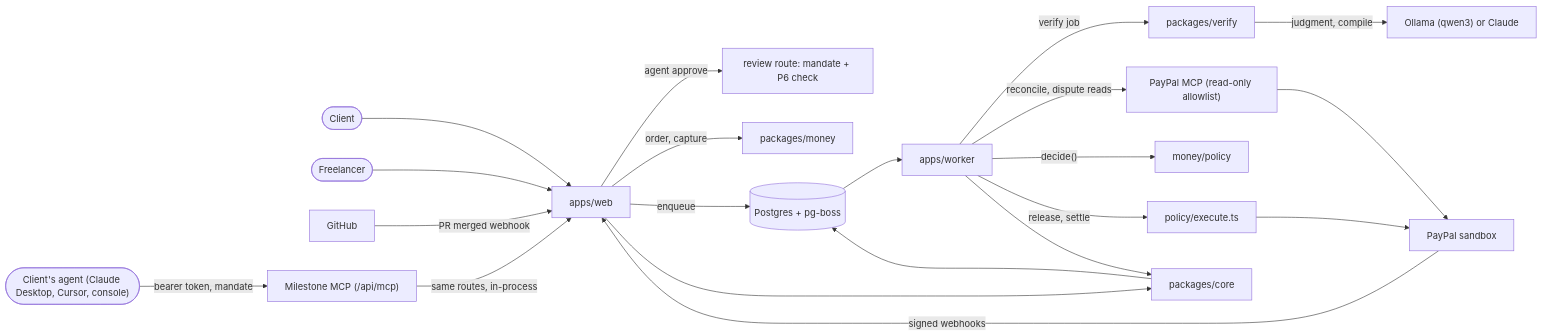
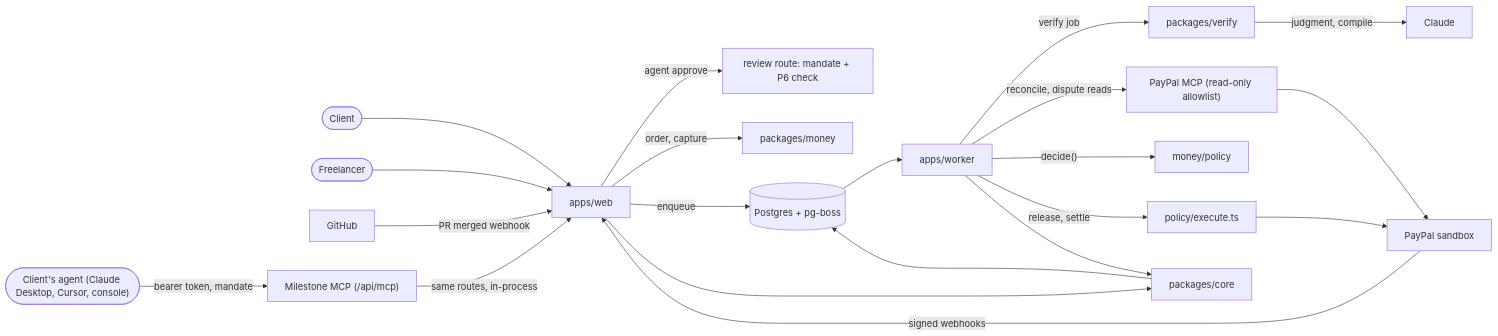
One commit to sn31/milestone changed the first of 2 diagrams in docs/architecture.md. Above: the diagram before and after it, drawn with Mermaid. The commit also changed other lines of this file and 26 other files, not shown here.

Commit message:
Model backend is Claude only: remove the Ollama provider, MODEL_PROVIDER and the local-model variables; isModelConfigured means ANTHROPIC_API_KEY is set; console and demo banner say Claude; docs, env example and render blueprint updated; Oct 16 eval marked as a local-model run pending a Claude rerun

````diff
--- a/docs/architecture.md
+++ b/docs/architecture.md
@@ -21,23 +21,23 @@
 ```mermaid
 flowchart LR
   Client([Client]) --> Web[apps/web]
   Freelancer([Freelancer]) --> Web
   GH[GitHub] -- "PR merged webhook" --> Web
   PP[PayPal sandbox] -- "signed webhooks" --> Web
   Agent(["Client's agent (Claude Desktop, Cursor, console)"]) -- "bearer token, mandate" --> MCP["Milestone MCP (/api/mcp)"]
   MCP -- "same routes, in-process" --> Web
   Web -- "agent approve" --> Review["review route: mandate + P6 check"]
   Web -- "order, capture" --> Money[packages/money]
   Web -- enqueue --> PG[(Postgres + pg-boss)]
   Web --> Core[packages/core]
   PG --> Worker[apps/worker]
   Worker -- "verify job" --> Verify[packages/verify]
-  Verify -- "judgment, compile" --> LLM["Ollama (qwen3) or Claude"]
+  Verify -- "judgment, compile" --> LLM["Claude"]
   Worker -- "reconcile, dispute reads" --> PPMCP["PayPal MCP (read-only allowlist)"]
   PPMCP --> PP
   Worker -- "decide()" --> Policy[money/policy]
   Worker -- "release, settle" --> Exec[policy/execute.ts]
   Exec --> PP
   Worker --> Core
   Core --> PG
 ```
````
